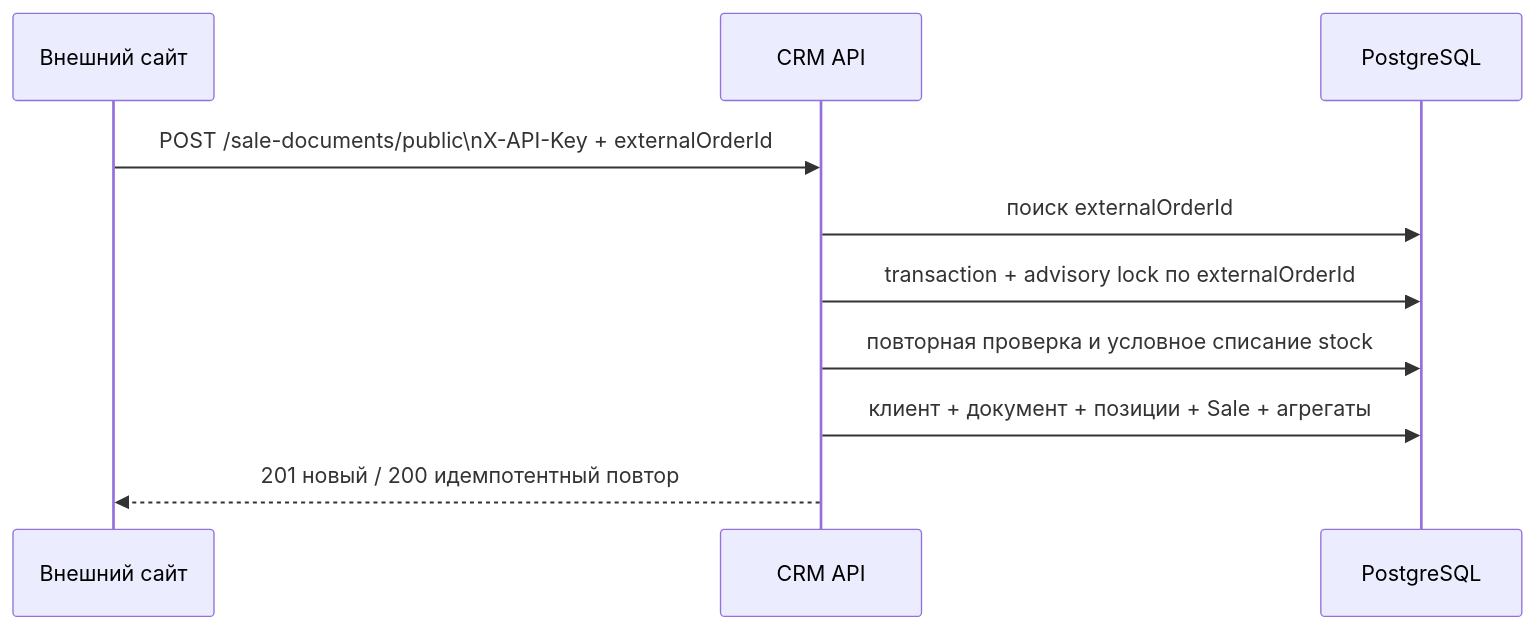
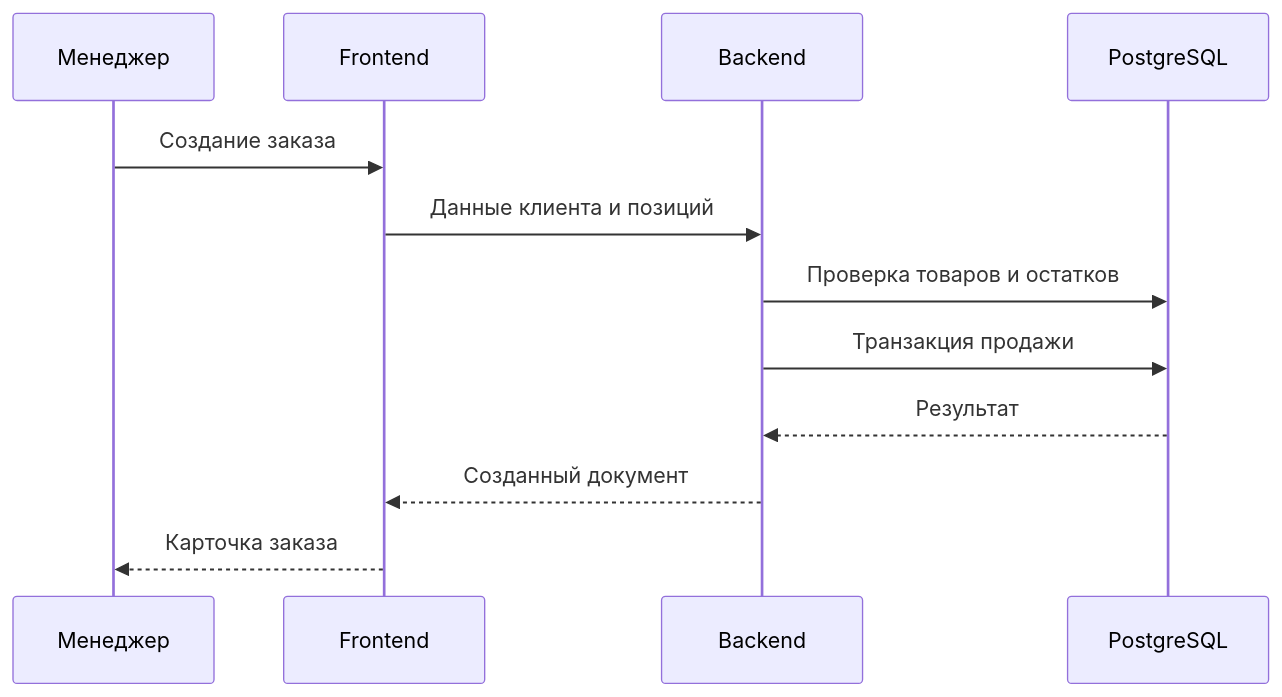
The fourth of 5 diagrams in ARCHITECTURE.md (Mikhail1708/crm-tunning), drawn with Mermaid before and after one commit. The commit also changed other lines of this file, not shown here.

````diff
--- a/ARCHITECTURE.md
+++ b/ARCHITECTURE.md
@@ -177,13 +419,15 @@
 ```mermaid
 sequenceDiagram
-    participant Site as Внешний сайт
-    participant API as CRM API
+    participant M as Менеджер
+    participant UI as Frontend
+    participant API as Backend
     participant DB as PostgreSQL
 
-    Site->>API: POST /sale-documents/public\nX-API-Key + externalOrderId
-    API->>DB: поиск externalOrderId
-    API->>DB: transaction + advisory lock по externalOrderId
-    API->>DB: повторная проверка и условное списание stock
-    API->>DB: клиент + документ + позиции + Sale + агрегаты
-    API-->>Site: 201 новый / 200 идемпотентный повтор
+    M->>UI: Создание заказа
+    UI->>API: Данные клиента и позиций
+    API->>DB: Проверка товаров и остатков
+    API->>DB: Транзакция продажи
+    DB-->>API: Результат
+    API-->>UI: Созданный документ
+    UI-->>M: Карточка заказа
 ```
````
